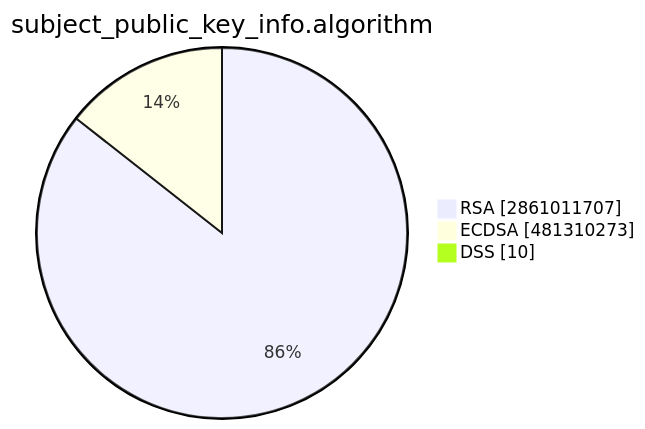
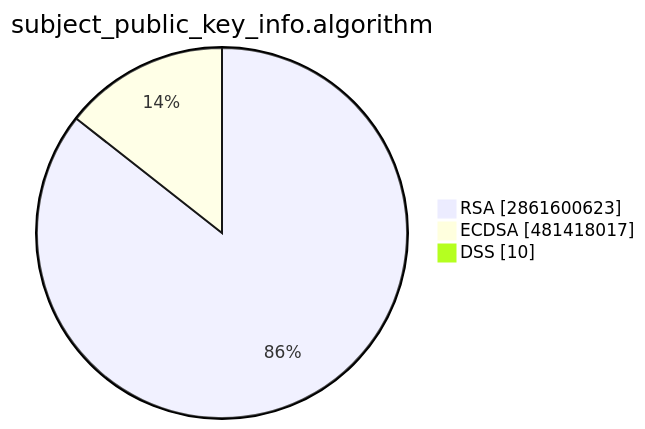
Before and after one commit to christiankrug/ctmonitor_visualization: the second of 15 diagrams in TOTAL/README.md, drawn with Mermaid. The commit also changed other lines of this file, not shown here.

````diff
--- a/TOTAL/README.md
+++ b/TOTAL/README.md
@@ -6,7 +6,7 @@
 ```mermaid
 pie showData
 title subject_public_key_info.algorithm
-"RSA" :2861011707
-"ECDSA" :481310273
+"RSA" :2861600623
+"ECDSA" :481418017
 "DSS" :10
 ```
````
